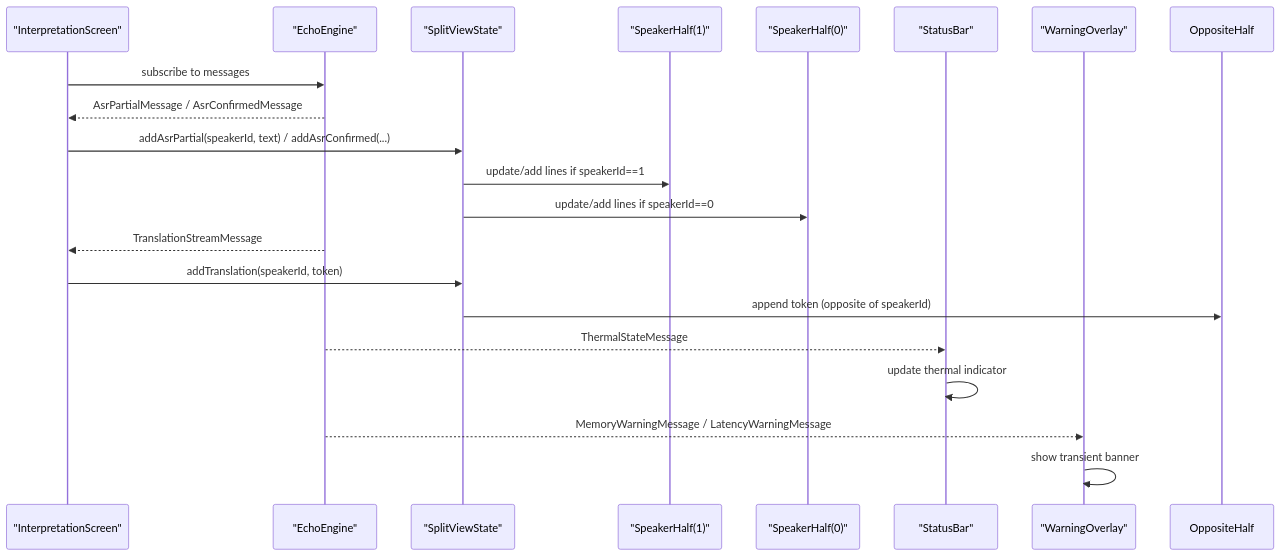
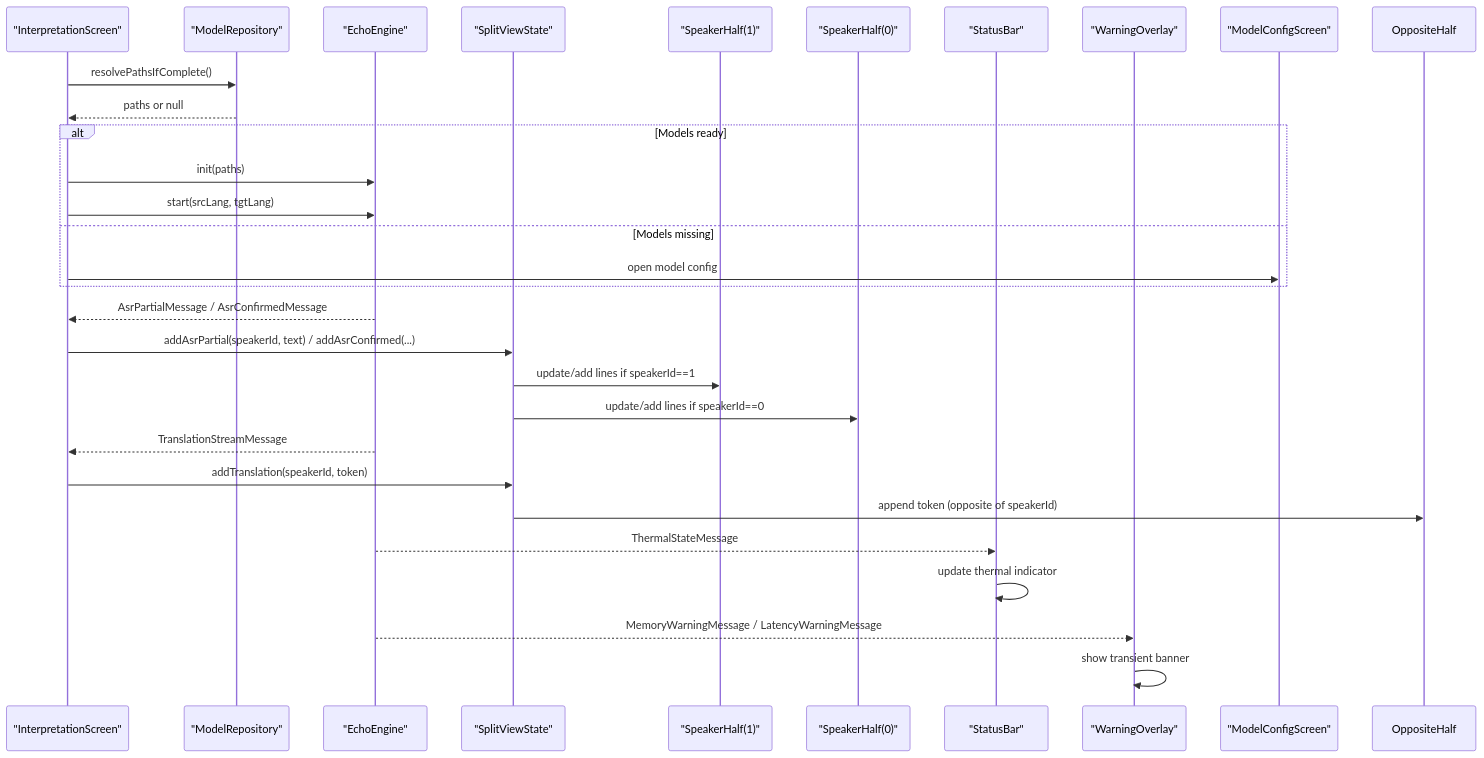
Before and after one commit to iMyth/QwenEcho: the second of 12 diagrams in .qoder/repowiki/en/content/Flutter UI Layer/Flutter UI Layer.md, drawn with Mermaid. The commit also changed other lines of this file and 129 other files, not shown here.

````diff
--- a/.qoder/repowiki/en/content/Flutter UI Layer/Flutter UI Layer.md
+++ b/.qoder/repowiki/en/content/Flutter UI Layer/Flutter UI Layer.md
@@ -113,22 +144,31 @@
 ```mermaid
 sequenceDiagram
 participant App as "InterpretationScreen"
+participant Repo as "ModelRepository"
 participant Engine as "EchoEngine"
 participant Split as "SplitViewState"
 participant Top as "SpeakerHalf(1)"
 participant Bot as "SpeakerHalf(0)"
 participant Bar as "StatusBar"
 participant Overlay as "WarningOverlay"
-App->>Engine : subscribe to messages
+participant Config as "ModelConfigScreen"
+App->>Repo : resolvePathsIfComplete()
+Repo-->>App : paths or null
+alt Models ready
+App->>Engine : init(paths)
+App->>Engine : start(srcLang, tgtLang)
+else Models missing
+App->>Config : open model config
+end
 Engine-->>App : AsrPartialMessage / AsrConfirmedMessage
 App->>Split : addAsrPartial(speakerId, text) / addAsrConfirmed(...)
 Split->>Top : update/add lines if speakerId==1
 Split->>Bot : update/add lines if speakerId==0
 Engine-->>App : TranslationStreamMessage
 App->>Split : addTranslation(speakerId, token)
 Split->>OppositeHalf : append token (opposite of speakerId)
 Engine-->>Bar : ThermalStateMessage
 Bar->>Bar : update thermal indicator
 Engine-->>Overlay : MemoryWarningMessage / LatencyWarningMessage
 Overlay->>Overlay : show transient banner
 ```
````
